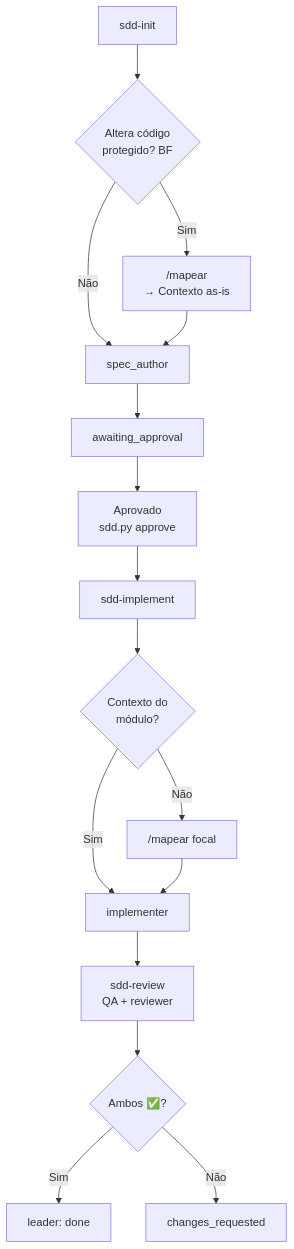
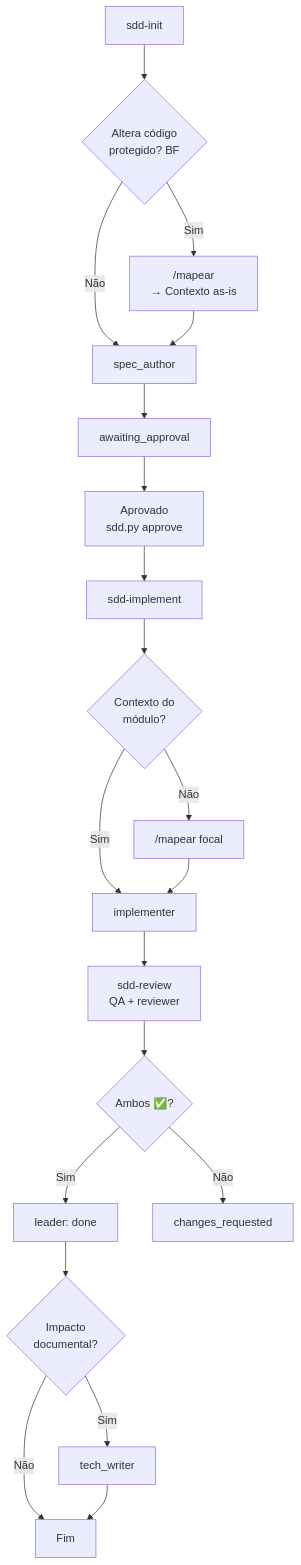
The second of 3 diagrams in fluxoSdd.md (samuelmarcos/sdd_harness_engineering), drawn with Mermaid before and after one commit. The commit also changed other lines of this file and 10 other files, not shown here.

````diff
--- a/fluxoSdd.md
+++ b/fluxoSdd.md
@@ -37,18 +37,22 @@
 ```mermaid
 flowchart TD
     A["sdd-init"] --> B{Altera código\nprotegido? BF}
     B -->|Sim| C["/mapear\n→ Contexto as-is"]
     B -->|Não| D["spec_author"]
     C --> D
     D --> E["awaiting_approval"]
     E --> F["Aprovado\nsdd.py approve"]
     F --> G["sdd-implement"]
     G --> H{Contexto do\nmódulo?}
     H -->|Não| I["/mapear focal"]
     H -->|Sim| J["implementer"]
     I --> J
     J --> K["sdd-review\nQA + reviewer"]
     K --> L{Ambos ✅?}
     L -->|Sim| M["leader: done"]
+    M --> O{Impacto\ndocumental?}
+    O -->|Sim| P["tech_writer"]
+    O -->|Não| Q["Fim"]
+    P --> Q
     L -->|Não| N["changes_requested"]
 ```
````
